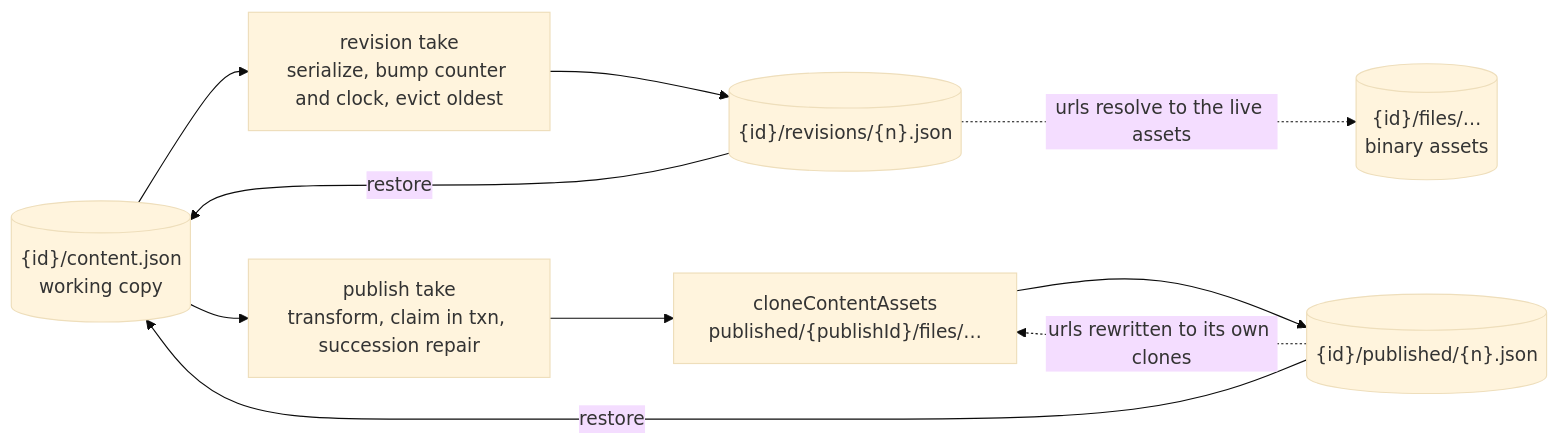
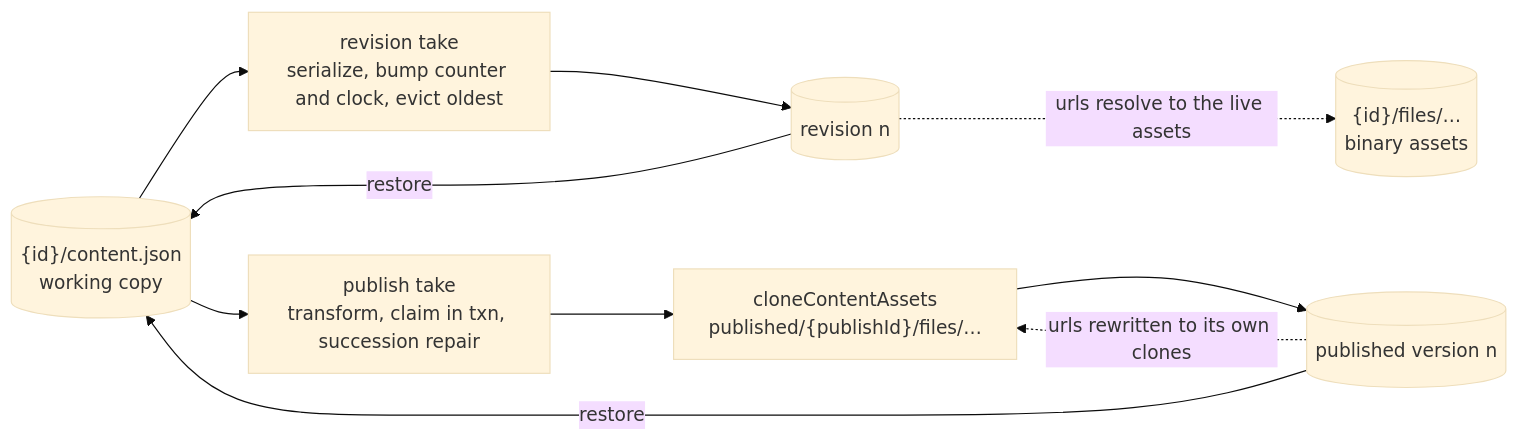
The first of 2 diagrams in apps/web/content/docs/resource/resource-snapshots.md (Esposter/Esposter), drawn with Mermaid (base theme) before and after one commit. The commit also changed other lines of this file and 73 other files, not shown here.

````diff
--- a/apps/web/content/docs/resource/resource-snapshots.md
+++ b/apps/web/content/docs/resource/resource-snapshots.md
@@ -51,17 +52,17 @@
 ```mermaid
 flowchart LR
   WORK[("{id}/content.json<br/>working copy")]
   FILES[("{id}/files/…<br/>binary assets")]
 
   WORK --> TAKEREV["revision take<br/>serialize, bump counter and clock, evict oldest"]
   WORK --> TAKEPUB["publish take<br/>transform, claim in txn, succession repair"]
 
-  TAKEREV --> REV[("{id}/revisions/{n}.json")]
+  TAKEREV --> REV[("revision n")]
   TAKEPUB --> CLONE["cloneContentAssets<br/>published/{publishId}/files/…"]
-  CLONE --> PUB[("{id}/published/{n}.json")]
+  CLONE --> PUB[("published version n")]
 
   REV -.->|"urls resolve to the live assets"| FILES
   PUB -.->|"urls rewritten to its own clones"| CLONE
   REV -->|restore| WORK
   PUB -->|restore| WORK
 ```
````
